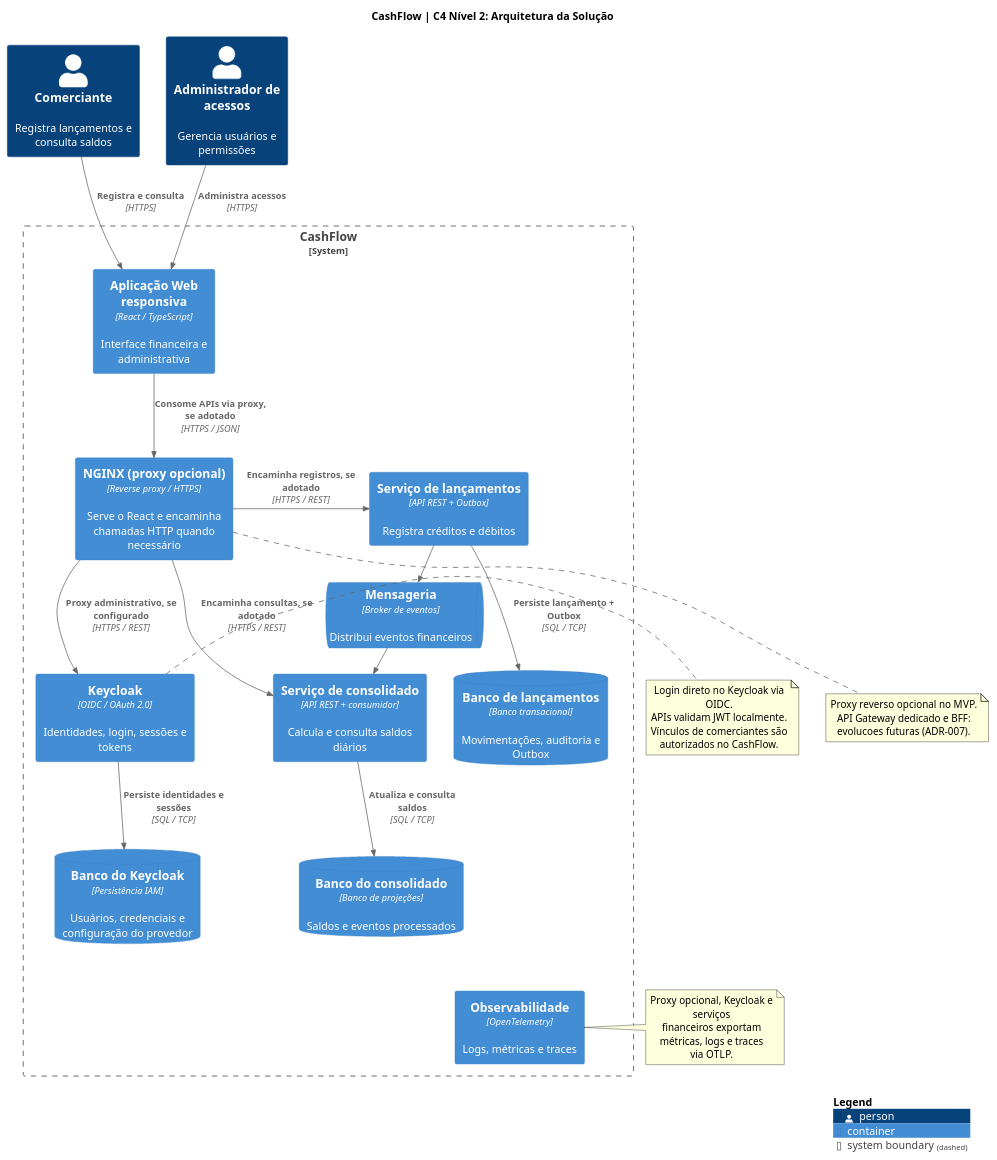
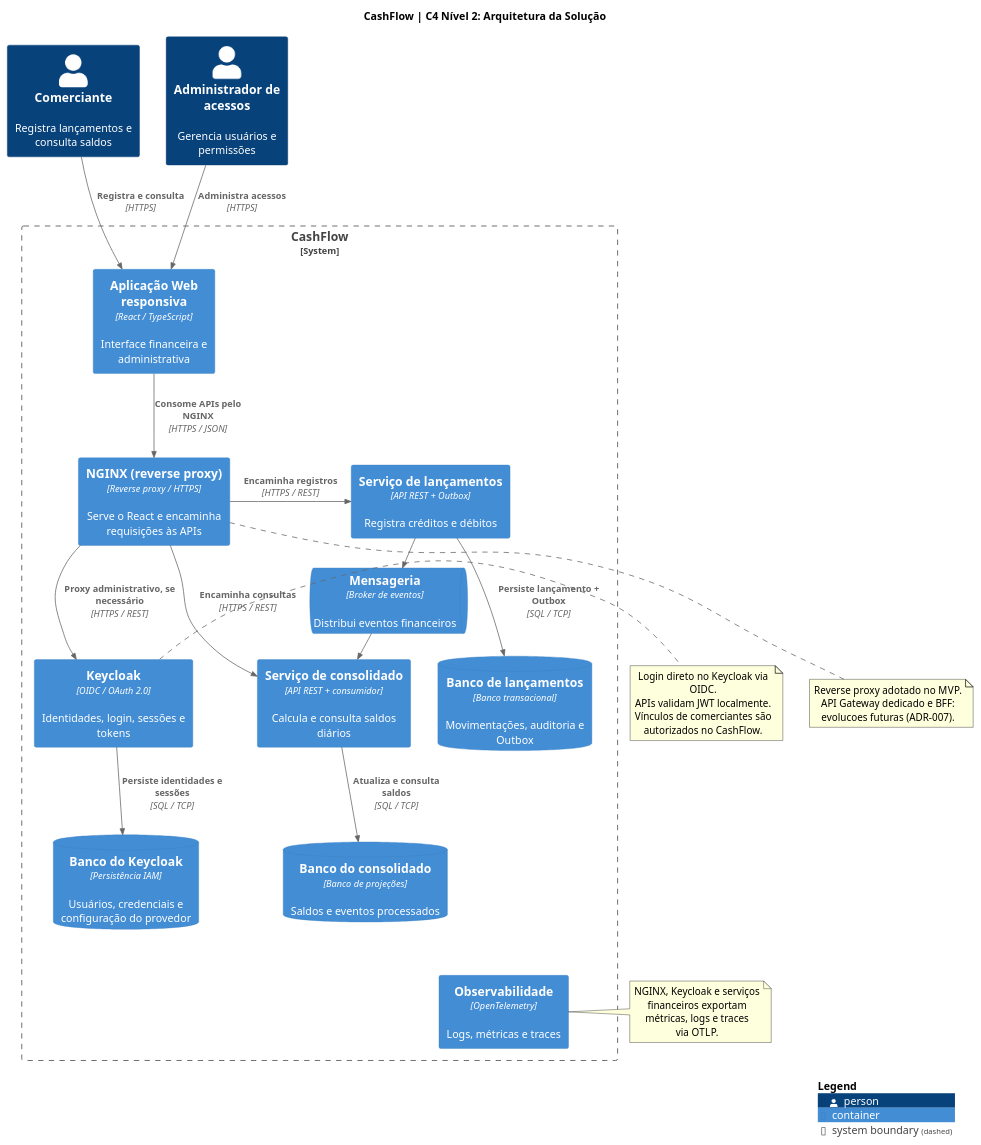
One commit to wolwerr/CashFlow-Architecture changed the diagram in docs/architecture/plantuml/c4-containers.puml. Above: the diagram before and after it, drawn with PlantUML.

Commit message:
docs(architecture): make NGINX mandatory reverse proxy in MVP, keep dedicated gateway future (#7)

```diff
--- a/docs/architecture/plantuml/c4-containers.puml
+++ b/docs/architecture/plantuml/c4-containers.puml
@@ -1,75 +1,75 @@
 @startuml CashFlow_Containers
 !include <C4/C4_Container>
 
 title CashFlow | C4 Nível 2: Arquitetura da Solução
 
 LAYOUT_TOP_DOWN()
 
 Person(comerciante, "Comerciante", "Registra lançamentos e consulta saldos")
 Person(admin, "Administrador de acessos", "Gerencia usuários e permissões")
 
 System_Boundary(cashflow, "CashFlow") {
   Container(web, "Aplicação Web responsiva", "React / TypeScript", "Interface financeira e administrativa")
-  Container(gateway, "NGINX (proxy opcional)", "Reverse proxy / HTTPS", "Serve o React e encaminha chamadas HTTP quando necessário")
+  Container(gateway, "NGINX (reverse proxy)", "Reverse proxy / HTTPS", "Serve o React e encaminha requisições às APIs")
   Container(iam, "Keycloak", "OIDC / OAuth 2.0", "Identidades, login, sessões e tokens")
   ContainerDb(db_iam, "Banco do Keycloak", "Persistência IAM", "Usuários, credenciais e configuração do provedor")
   Container(lancamentos, "Serviço de lançamentos", "API REST + Outbox", "Registra créditos e débitos")
   ContainerDb(db_lancamentos, "Banco de lançamentos", "Banco transacional", "Movimentações, auditoria e Outbox")
   ContainerQueue(mensageria, "Mensageria", "Broker de eventos", "Distribui eventos financeiros")
   Container(consolidado, "Serviço de consolidado", "API REST + consumidor", "Calcula e consulta saldos diários")
   ContainerDb(db_consolidado, "Banco do consolidado", "Banco de projeções", "Saldos e eventos processados")
   Container(telemetria, "Observabilidade", "OpenTelemetry", "Logs, métricas e traces")
 }
 
 ' Posicionamento principal
 Lay_R(comerciante, admin)
 Lay_D(web, gateway)
 Lay_D(gateway, iam)
 Lay_D(iam, db_iam)
 Lay_R(gateway, lancamentos)
 Lay_D(lancamentos, db_lancamentos)
 Lay_R(lancamentos, mensageria)
 Lay_R(mensageria, consolidado)
 Lay_D(consolidado, db_consolidado)
 Lay_D(db_consolidado, telemetria)
 
 ' Atores e canais
 Rel(comerciante, web, "Registra e consulta", "HTTPS")
 Rel(admin, web, "Administra acessos", "HTTPS")
-Rel_D(web, gateway, "Consome APIs via proxy, se adotado", "HTTPS / JSON")
+Rel_D(web, gateway, "Consome APIs pelo NGINX", "HTTPS / JSON")
 
 ' Identidade
-Rel_D(gateway, iam, "Proxy administrativo, se configurado", "HTTPS / REST")
+Rel_D(gateway, iam, "Proxy administrativo, se necessário", "HTTPS / REST")
 Rel_D(iam, db_iam, "Persiste identidades e sessões", "SQL / TCP")
 
 ' Fluxo financeiro
-Rel_R(gateway, lancamentos, "Encaminha registros, se adotado", "HTTPS / REST")
+Rel_R(gateway, lancamentos, "Encaminha registros", "HTTPS / REST")
 Rel_D(lancamentos, db_lancamentos, "Persiste lançamento + Outbox", "SQL / TCP")
 Rel_R(lancamentos, mensageria, "Publica eventos", "AMQP")
 Rel_R(mensageria, consolidado, "Entrega eventos", "AMQP")
 Rel_D(consolidado, db_consolidado, "Atualiza e consulta saldos", "SQL / TCP")
-Rel(gateway, consolidado, "Encaminha consultas, se adotado", "HTTPS / REST")
+Rel(gateway, consolidado, "Encaminha consultas", "HTTPS / REST")
 
 ' Integrações transversais apresentadas em notas
 note right of iam
   Login direto no Keycloak via OIDC.
   APIs validam JWT localmente.
   Vínculos de comerciantes são
   autorizados no CashFlow.
 end note
 
 note right of telemetria
-  Proxy opcional, Keycloak e serviços
+  NGINX, Keycloak e serviços
   financeiros exportam
   métricas, logs e traces
   via OTLP.
 end note
 
 note bottom of gateway
-  Proxy reverso opcional no MVP.
+  Reverse proxy adotado no MVP.
   API Gateway dedicado e BFF:
   evolucoes futuras (ADR-007).
 end note
 
 SHOW_LEGEND()
 @enduml
```
